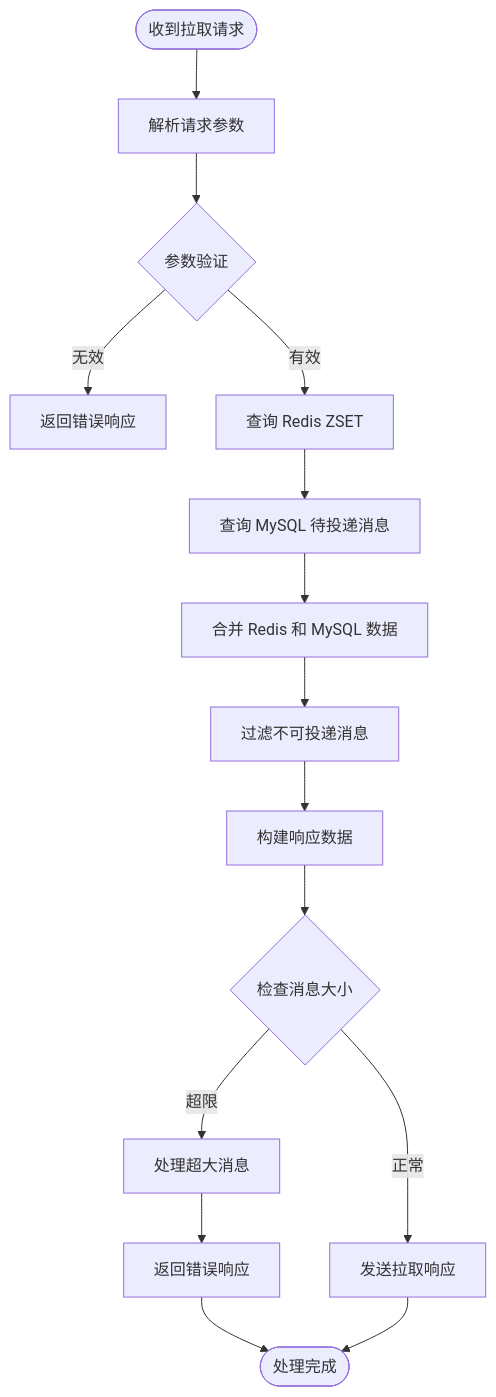
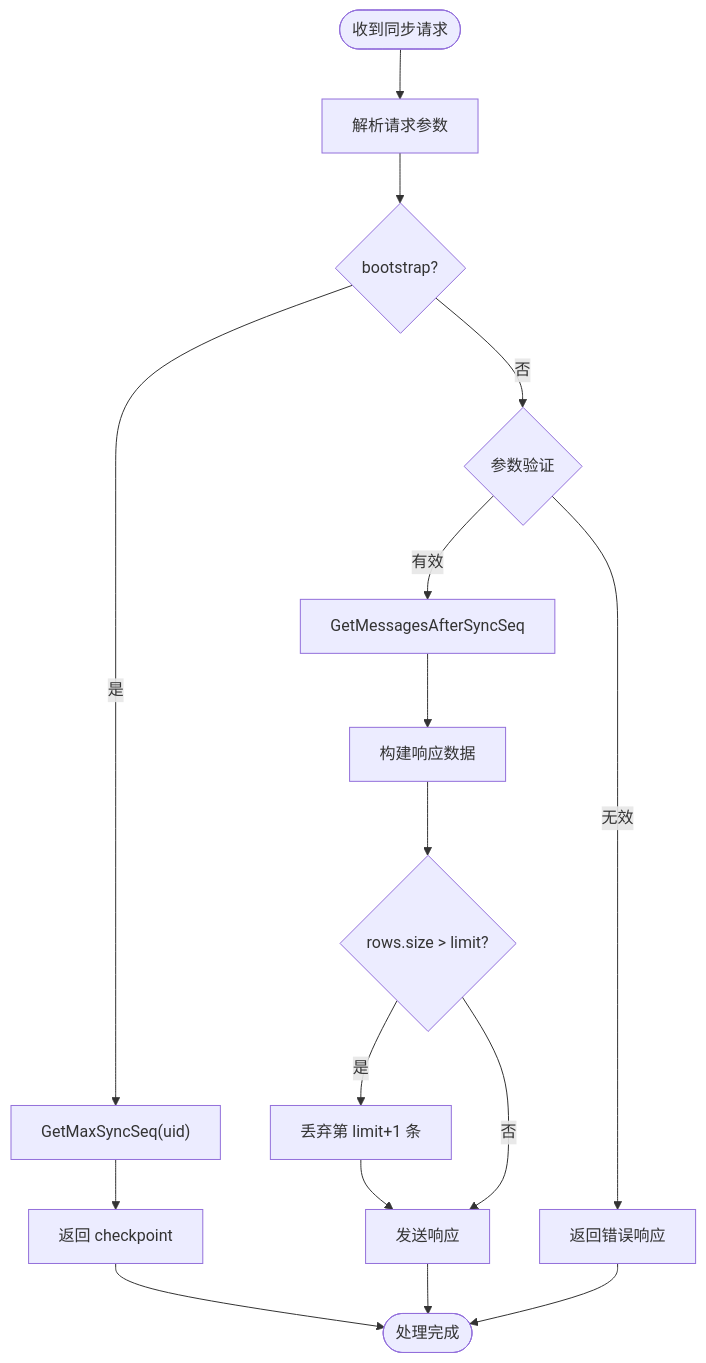
The fourth of 11 diagrams in .qoder/repowiki/zh/content/核心功能模块/聊天消息系统/离线消息投递系统.md (echo9923/mychatter), drawn with Mermaid before and after one commit. The commit also changed other lines of this file and 132 other files, not shown here.

````diff
--- a/.qoder/repowiki/zh/content/核心功能模块/聊天消息系统/离线消息投递系统.md
+++ b/.qoder/repowiki/zh/content/核心功能模块/聊天消息系统/离线消息投递系统.md
@@ -260,17 +234,18 @@
 ```mermaid
 flowchart TD
-Start(["收到拉取请求"]) --> ParseReq["解析请求参数"]
-ParseReq --> Validate{"参数验证"}
-Validate --> |无效| Reject["返回错误响应"]
-Validate --> |有效| QueryRedis["查询 Redis ZSET"]
-QueryRedis --> QueryDB["查询 MySQL 待投递消息"]
-QueryDB --> MergeData["合并 Redis 和 MySQL 数据"]
-MergeData --> FilterInvalid["过滤不可投递消息"]
-FilterInvalid --> BuildResponse["构建响应数据"]
-BuildResponse --> CheckSize{"检查消息大小"}
-CheckSize --> |超限| HandleOversized["处理超大消息"]
-HandleOversized --> ReturnError["返回错误响应"]
-CheckSize --> |正常| SendRsp["发送拉取响应"]
-ReturnError --> End(["处理完成"])
+Start(["收到同步请求"]) --> ParseReq["解析请求参数"]
+ParseReq --> CheckBoot{"bootstrap?"}
+CheckBoot --> |是| GetCheckpoint["GetMaxSyncSeq(uid)"]
+GetCheckpoint --> ReturnCheckpoint["返回 checkpoint"]
+CheckBoot --> |否| ValidateParams{"参数验证"}
+ValidateParams --> |无效| Reject["返回错误响应"]
+ValidateParams --> |有效| QueryDB["GetMessagesAfterSyncSeq"]
+QueryDB --> BuildResponse["构建响应数据"]
+BuildResponse --> SetHasMore{"rows.size > limit?"}
+SetHasMore --> |是| PopExtra["丢弃第 limit+1 条"]
+PopExtra --> SendRsp["发送响应"]
+SetHasMore --> |否| SendRsp
+ReturnCheckpoint --> End(["处理完成"])
 SendRsp --> End
+Reject --> End
 ```
````
